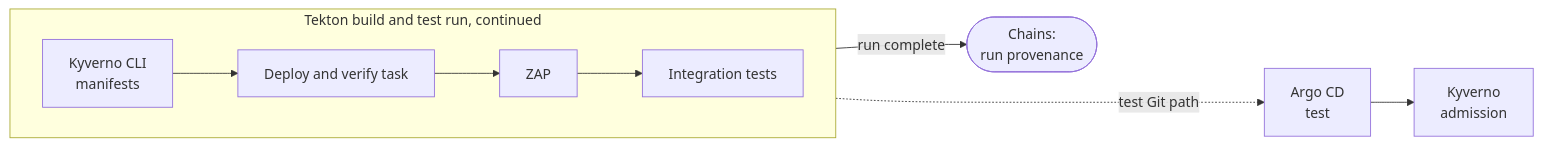
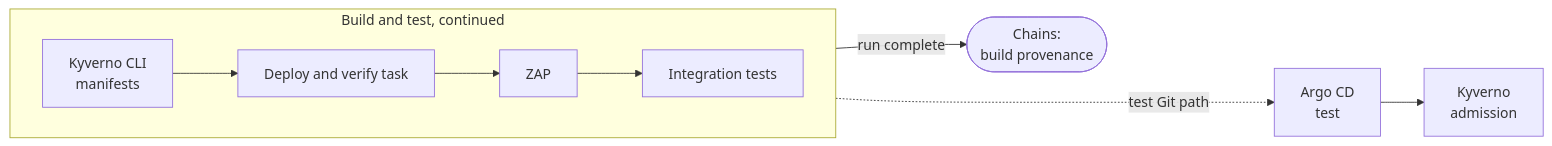
Before and after one commit to andymotta/Platform-Engineering: the fifth of 7 diagrams in content/en/docs/reference-architectures/open-source-ssdf-cicd.md, drawn with Mermaid. The commit also changed other lines of this file, not shown here.

````diff
--- a/content/en/docs/reference-architectures/open-source-ssdf-cicd.md
+++ b/content/en/docs/reference-architectures/open-source-ssdf-cicd.md
@@ -173,9 +200,9 @@
 ```mermaid
 flowchart LR
-    subgraph BT["Tekton build and test run, continued"]
+    subgraph BT["Build and test, continued"]
         direction LR
         KC["Kyverno CLI<br/>manifests"] --> DV["Deploy and verify task"] --> Z["ZAP"] --> I["Integration tests"]
     end
-    I -->|run complete| C(["Chains:<br/>run provenance"])
+    I -->|run complete| C(["Chains:<br/>build provenance"])
     DV -...->|test Git path| A["Argo CD<br/>test"] --> K["Kyverno<br/>admission"]
 ```
````
